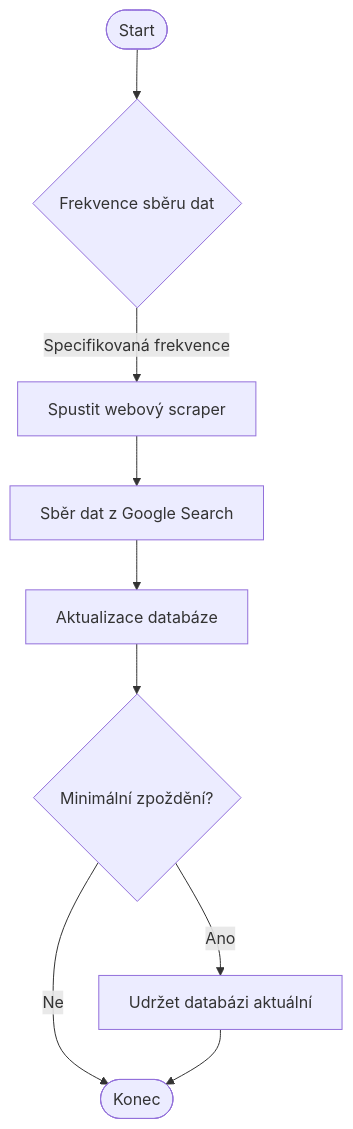
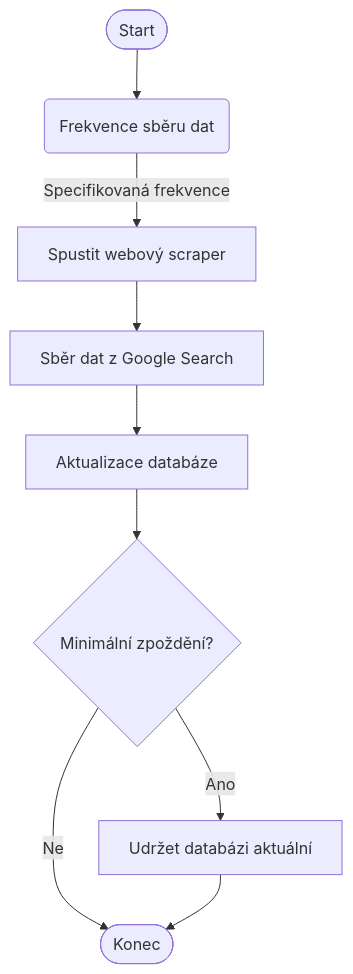
Before and after one commit to SurfaceNote/anis: the first of 11 diagrams in diagrams__source.md, drawn with Mermaid. The commit also changed 1 other file, not shown here.

````diff
--- a/diagrams__source.md
+++ b/diagrams__source.md
@@ -1,11 +1,11 @@
 ```mermaid
 flowchart TD
-    start([Start]) --> schedule{Frekvence sběru dat}
+    start([Start]) --> schedule(Frekvence sběru dat)
     schedule -->|Specifikovaná frekvence| scraper[Spustit webový scraper]
     scraper --> collectData[Sběr dat z Google Search]
     collectData --> updateDB[Aktualizace databáze]
     updateDB --> delay{Minimální zpoždění?}
     delay -->|Ano| keepUpdated[Udržet databázi aktuální]
     delay -->|Ne| finish([Konec])
     keepUpdated --> finish
 ```
````
